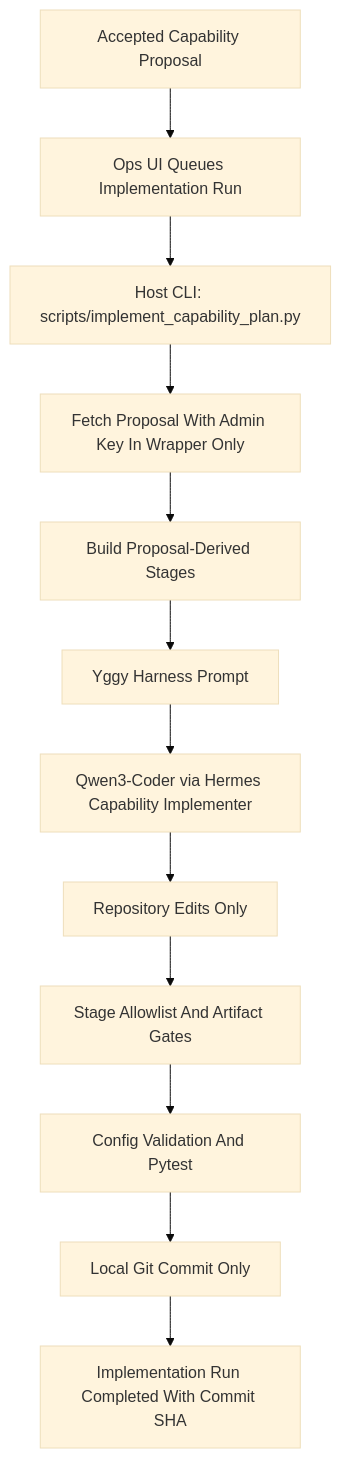
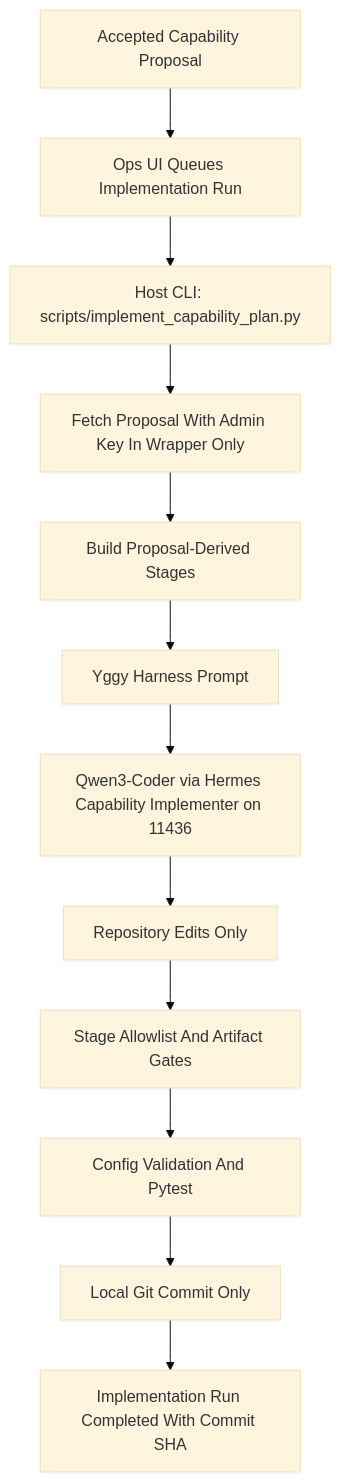
The third of 5 diagrams in docs/LOCAL_MODEL_STACK_ARCHITECTURE.md (B1-Mordred/Yggy), drawn with Mermaid (base theme) before and after one commit. The commit also changed other lines of this file and 11 other files, not shown here.

````diff
--- a/docs/LOCAL_MODEL_STACK_ARCHITECTURE.md
+++ b/docs/LOCAL_MODEL_STACK_ARCHITECTURE.md
@@ -103,14 +127,14 @@
 ```mermaid
 flowchart TD
     Proposal[Accepted Capability Proposal] --> OpsRun[Ops UI Queues Implementation Run]
     OpsRun --> HostCLI[Host CLI: scripts/implement_capability_plan.py]
     HostCLI --> AdminFetch[Fetch Proposal With Admin Key In Wrapper Only]
     AdminFetch --> Stages[Build Proposal-Derived Stages]
     Stages --> HarnessPrompt[Yggy Harness Prompt]
-    HarnessPrompt --> Qwen[Qwen3-Coder via Hermes Capability Implementer]
+    HarnessPrompt --> Qwen[Qwen3-Coder via Hermes Capability Implementer on 11436]
     Qwen --> RepoEdits[Repository Edits Only]
     RepoEdits --> StageGate[Stage Allowlist And Artifact Gates]
     StageGate --> Validation[Config Validation And Pytest]
     Validation --> Commit[Local Git Commit Only]
     Commit --> RunRecord[Implementation Run Completed With Commit SHA]
 ```
````
